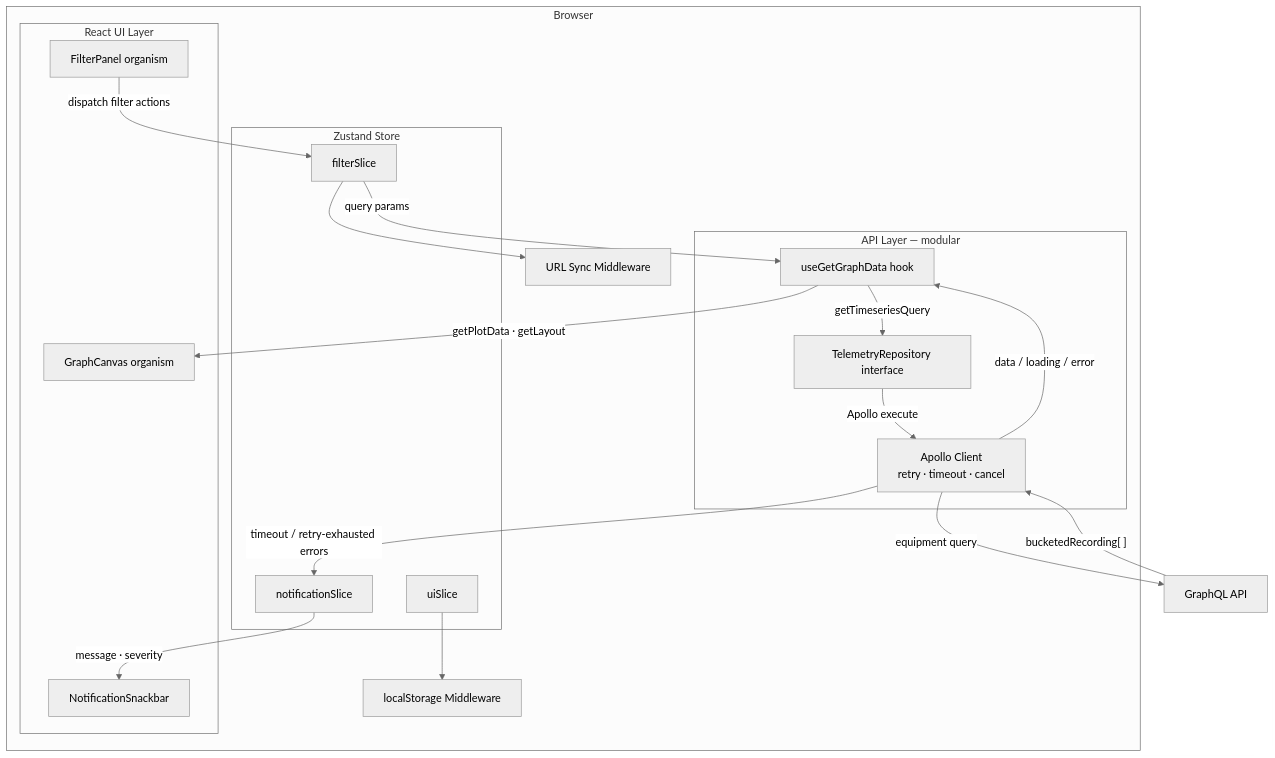
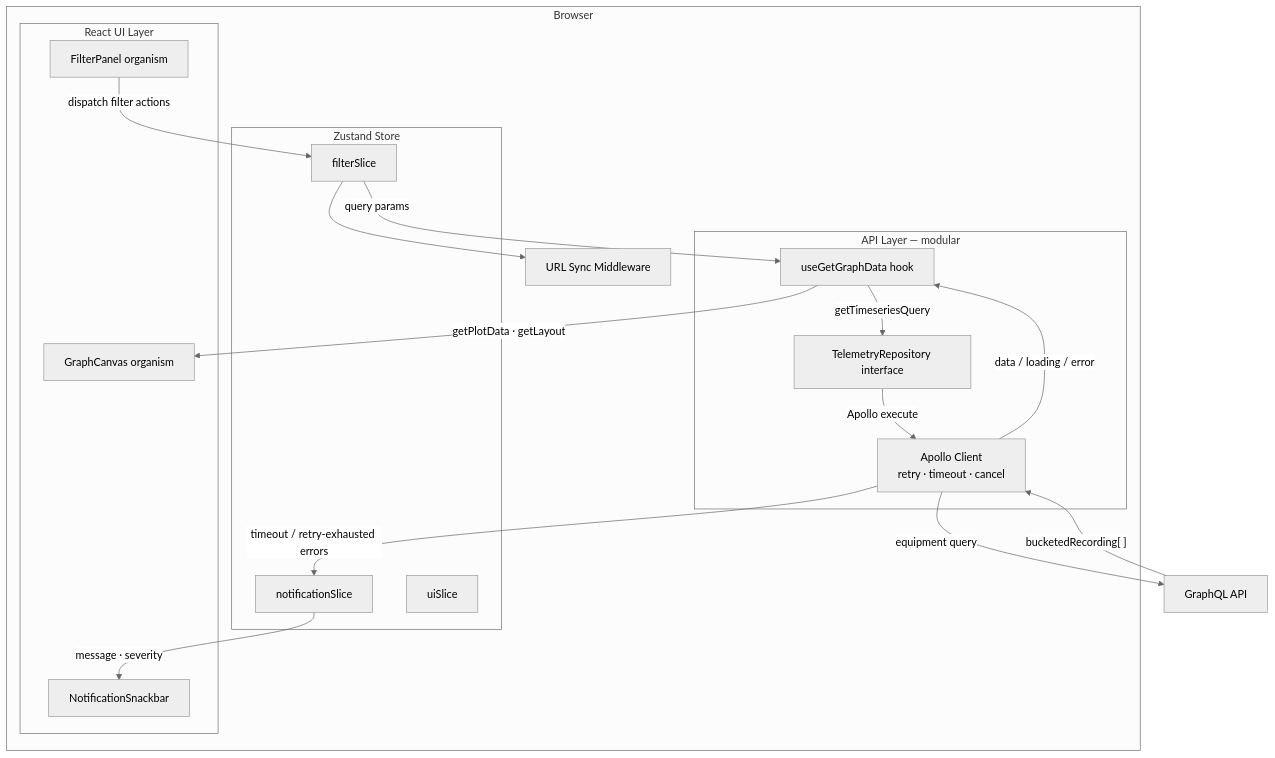
Before and after one commit to LewisCM14/data_viewer: the second of 6 diagrams in docs/spec.md, drawn with Mermaid (neutral theme). The commit also changed other lines of this file and 41 other files, not shown here.

````diff
--- a/docs/spec.md
+++ b/docs/spec.md
@@ -64,40 +67,38 @@
 ```mermaid
 flowchart TD
     subgraph Browser["Browser"]
         subgraph Store["Zustand Store"]
             FS[filterSlice]
             NS[notificationSlice]
             US[uiSlice]
         end
 
         subgraph UI["React UI Layer"]
             FP[FilterPanel organism]
             GC[GraphCanvas organism]
             SB[NotificationSnackbar]
         end
 
         subgraph APILayer["API Layer — modular"]
             Hook[useGetGraphData hook]
             Repo[TelemetryRepository interface]
             AC[Apollo Client\nretry · timeout · cancel]
         end
 
         URLMw[URL Sync Middleware]
-        PersistMw[localStorage Middleware]
     end
 
     GQL[GraphQL API]
 
     FP -->|"dispatch filter actions"| FS
     FS -->|"query params"| Hook
     Hook -->|"getTimeseriesQuery"| Repo
     Repo -->|"Apollo execute"| AC
     AC -->|"equipment query"| GQL
     GQL -->|"bucketedRecording[ ]"| AC
     AC -->|"data / loading / error"| Hook
     Hook -->|"getPlotData · getLayout"| GC
     NS -->|"message · severity"| SB
     AC -->|"timeout / retry-exhausted errors"| NS
     FS --> URLMw
-    US --> PersistMw
 ```
````
